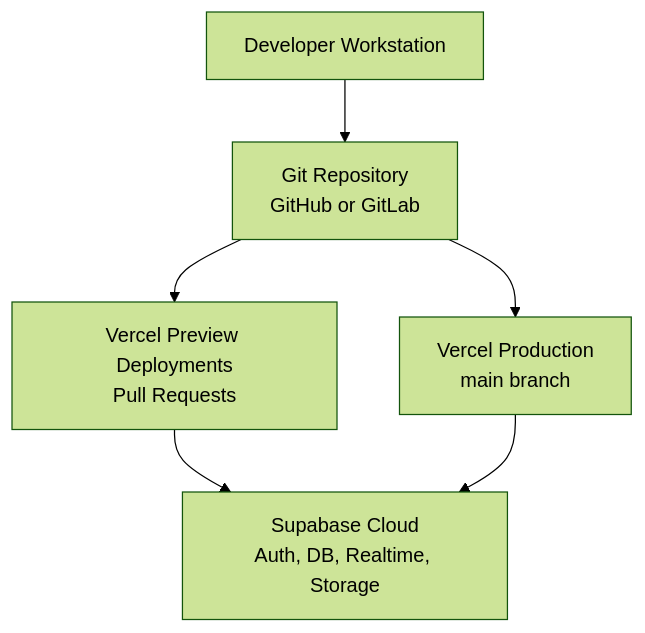
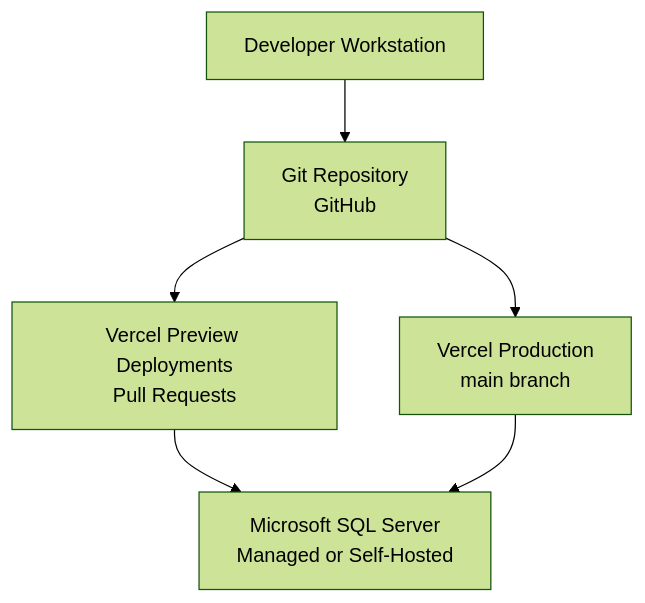
The second of 6 diagrams in docs/system_architecture.md (apiwatapply-svg/POS_coffee), drawn with Mermaid (forest theme) before and after one commit. The commit also changed other lines of this file and 29 other files, not shown here.

````diff
--- a/docs/system_architecture.md
+++ b/docs/system_architecture.md
@@ -124,14 +108,14 @@
 ```mermaid
 flowchart TB
   Dev["Developer Workstation"]
-  Git["Git Repository<br/>GitHub or GitLab"]
+  Git["Git Repository<br/>GitHub"]
   VercelPreview["Vercel Preview Deployments<br/>Pull Requests"]
   VercelProd["Vercel Production<br/>main branch"]
-  SupabaseCloud["Supabase Cloud<br/>Auth, DB, Realtime, Storage"]
+  SqlServer["Microsoft SQL Server<br/>Managed or Self-Hosted"]
 
   Dev --> Git
   Git --> VercelPreview
   Git --> VercelProd
-  VercelPreview --> SupabaseCloud
-  VercelProd --> SupabaseCloud
+  VercelPreview --> SqlServer
+  VercelProd --> SqlServer
 ```
````
